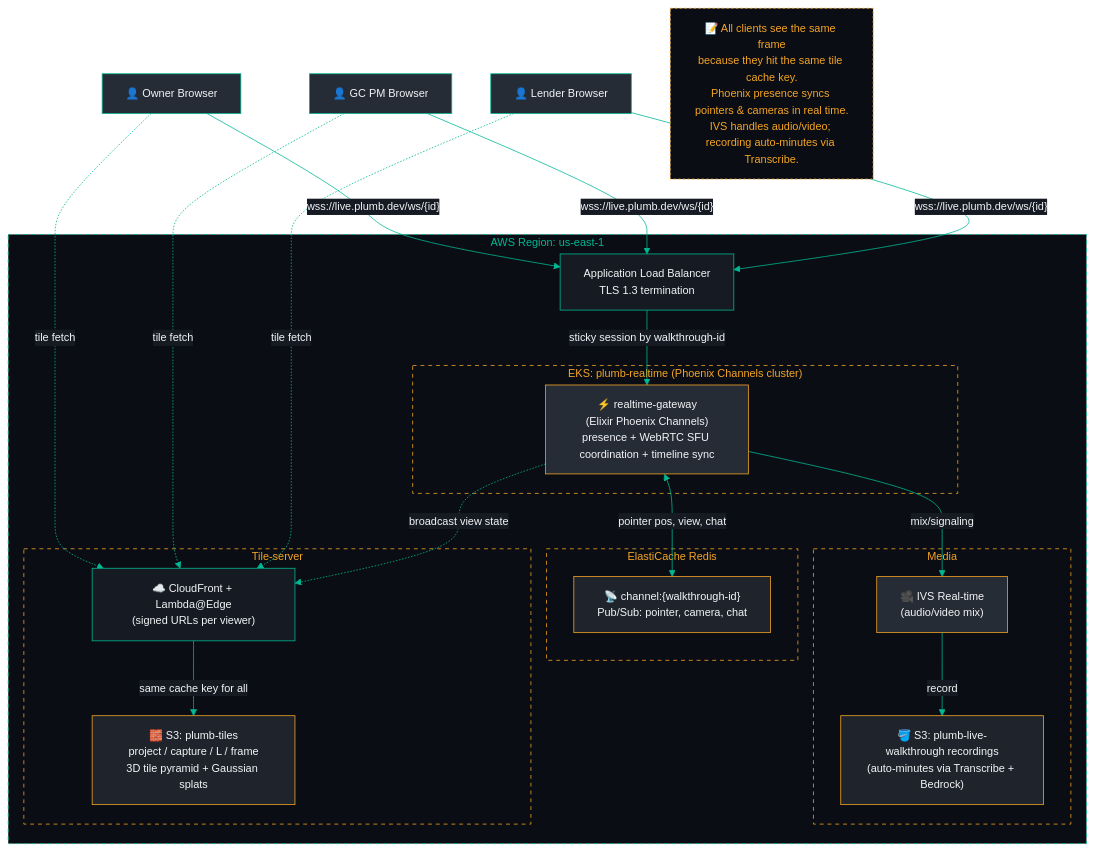
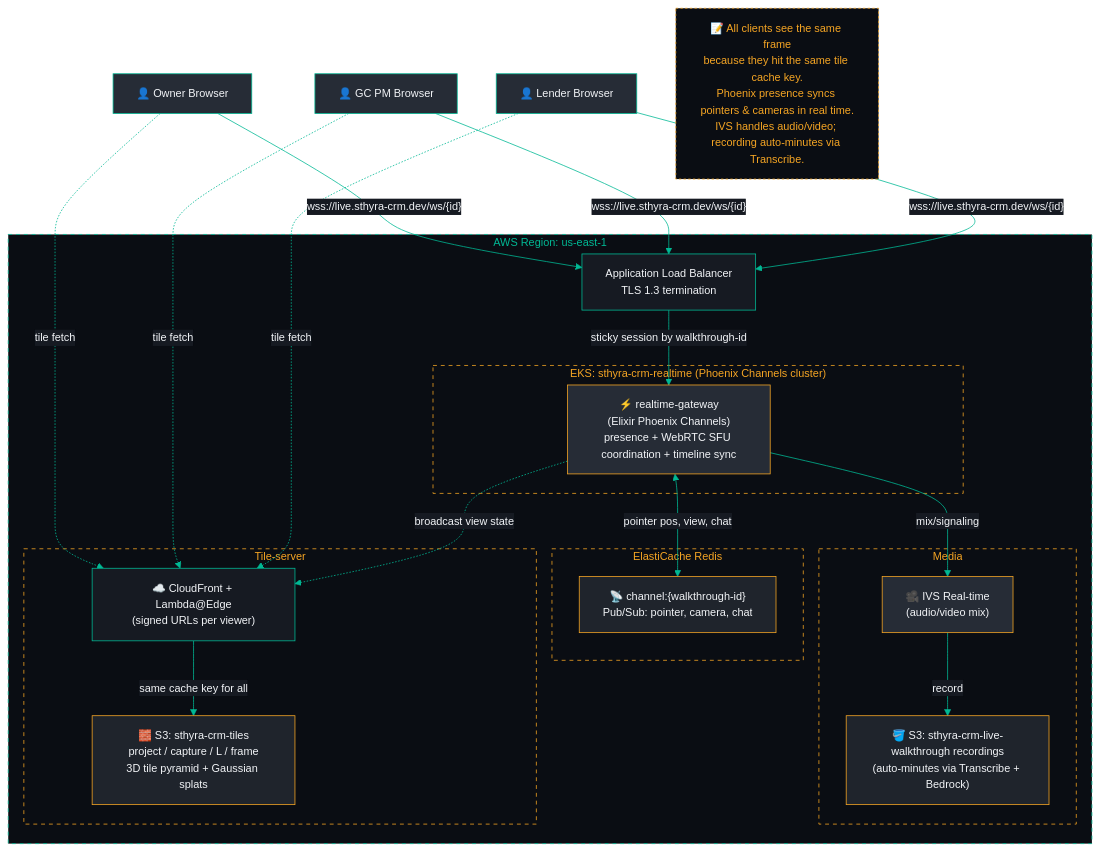
The diagram in docs/flowcharts/05-live-walkthrough.mmd (mkrmuralireddy98-dev/sthyra-crm), drawn with Mermaid before and after one commit. The commit also changed 73 other files, not shown here.

First line of the commit message:
rename: Plumb → Sthyra CRM across all source, config, docs, and git

```diff
--- a/docs/flowcharts/05-live-walkthrough.mmd
+++ b/docs/flowcharts/05-live-walkthrough.mmd
@@ -1,78 +1,78 @@
 %%{init: {
   "theme": "base",
   "themeVariables": {
     "primaryColor": "#0A0D13",
     "primaryTextColor": "#F2F4F7",
     "primaryBorderColor": "#00B894",
     "lineColor": "#00B894",
     "secondaryColor": "#161A22",
     "tertiaryColor": "#262C36",
     "fontFamily": "Helvetica, Arial, sans-serif",
     "fontSize": "14px"
   }
 }}%%
 flowchart TB
     classDef actor fill:#262C36,stroke:#00B894,color:#F2F4F7
     classDef control fill:#161A22,stroke:#00B894,color:#F2F4F7
     classDef cache fill:#1F242C,stroke:#F5A524,color:#F2F4F7
     classDef live fill:#262C36,stroke:#F5A524,color:#F2F4F7
 
     Owner["👤 Owner Browser"]:::actor
     GCPM["👤 GC PM Browser"]:::actor
     Lender["👤 Lender Browser"]:::actor
 
     subgraph AWS["AWS Region: us-east-1"]
         ALB["Application Load Balancer<br/>TLS 1.3 termination"]:::control
 
-        subgraph REALTIME["EKS: plumb-realtime (Phoenix Channels cluster)"]
+        subgraph REALTIME["EKS: sthyra-crm-realtime (Phoenix Channels cluster)"]
             PHX["⚡ realtime-gateway<br/>(Elixir Phoenix Channels)<br/>presence + WebRTC SFU coordination + timeline sync"]:::live
         end
 
         subgraph CACHE["ElastiCache Redis"]
             PRES["📡 channel:{walkthrough-id}<br/>Pub/Sub: pointer, camera, chat"]:::cache
         end
 
         subgraph MEDIA["Media"]
             IVS["🎥 IVS Real-time<br/>(audio/video mix)"]:::live
-            S3LIVE["🪣 S3: plumb-live-<br/>walkthrough recordings<br/>(auto-minutes via Transcribe + Bedrock)"]:::cache
+            S3LIVE["🪣 S3: sthyra-crm-live-<br/>walkthrough recordings<br/>(auto-minutes via Transcribe + Bedrock)"]:::cache
         end
 
         subgraph TILES["Tile-server"]
-            TILE["🧱 S3: plumb-tiles<br/>project / capture / L / frame<br/>3D tile pyramid + Gaussian splats"]:::cache
+            TILE["🧱 S3: sthyra-crm-tiles<br/>project / capture / L / frame<br/>3D tile pyramid + Gaussian splats"]:::cache
             CF["☁️ CloudFront + Lambda@Edge<br/>(signed URLs per viewer)"]:::control
         end
     end
 
-    Owner -->|"wss://live.plumb.dev/ws/{id}"| ALB
-    GCPM -->|"wss://live.plumb.dev/ws/{id}"| ALB
-    Lender -->|"wss://live.plumb.dev/ws/{id}"| ALB
+    Owner -->|"wss://live.sthyra-crm.dev/ws/{id}"| ALB
+    GCPM -->|"wss://live.sthyra-crm.dev/ws/{id}"| ALB
+    Lender -->|"wss://live.sthyra-crm.dev/ws/{id}"| ALB
 
     ALB -->|"sticky session by walkthrough-id"| PHX
     PHX <-->|"pointer pos, view, chat"| PRES
     PHX -->|"mix/signaling"| IVS
     IVS -->|"record"| S3LIVE
 
     Owner -.->|"tile fetch"| CF
     GCPM -.->|"tile fetch"| CF
     Lender -.->|"tile fetch"| CF
     PHX -.->|"broadcast view state"| CF
     CF -->|"same cache key for all"| TILE
 
     Note["📝 All clients see the same frame<br/>because they hit the same tile cache key.<br/>Phoenix presence syncs pointers & cameras in real time.<br/>IVS handles audio/video; recording auto-minutes via Transcribe."]
 
     style ALB fill:#161A22,stroke:#00B894,color:#F2F4F7
     style PHX fill:#262C36,stroke:#F5A524,color:#F2F4F7
     style PRES fill:#1F242C,stroke:#F5A524,color:#F2F4F7
     style IVS fill:#262C36,stroke:#F5A524,color:#F2F4F7
     style S3LIVE fill:#1F242C,stroke:#F5A524,color:#F2F4F7
     style TILE fill:#1F242C,stroke:#F5A524,color:#F2F4F7
     style CF fill:#161A22,stroke:#00B894,color:#F2F4F7
     style Note fill:#0A0D13,stroke:#F5A524,color:#F5A524,stroke-width:1px,stroke-dasharray:3 3
     style AWS fill:#0A0D13,stroke:#00B894,color:#00B894,stroke-dasharray:5 5
     style REALTIME fill:#0A0D13,stroke:#F5A524,color:#F5A524,stroke-dasharray:5 5
     style CACHE fill:#0A0D13,stroke:#F5A524,color:#F5A524,stroke-dasharray:5 5
     style MEDIA fill:#0A0D13,stroke:#F5A524,color:#F5A524,stroke-dasharray:5 5
     style TILES fill:#0A0D13,stroke:#F5A524,color:#F5A524,stroke-dasharray:5 5
     style Owner fill:#262C36,stroke:#00B894,color:#F2F4F7
     style GCPM fill:#262C36,stroke:#00B894,color:#F2F4F7
     style Lender fill:#262C36,stroke:#00B894,color:#F2F4F7
```
